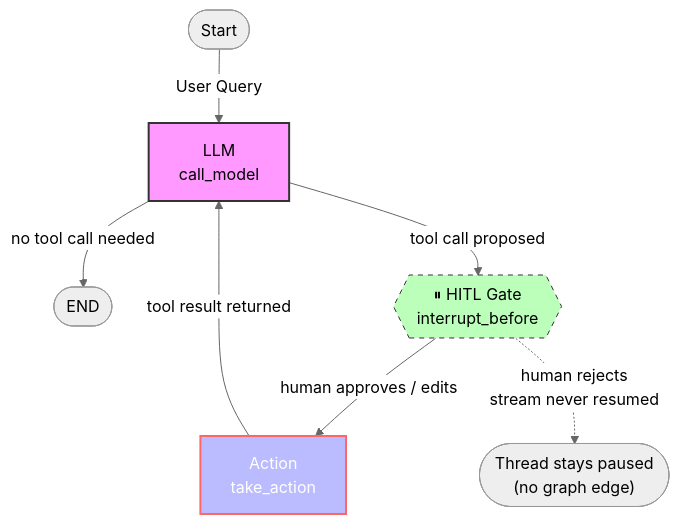
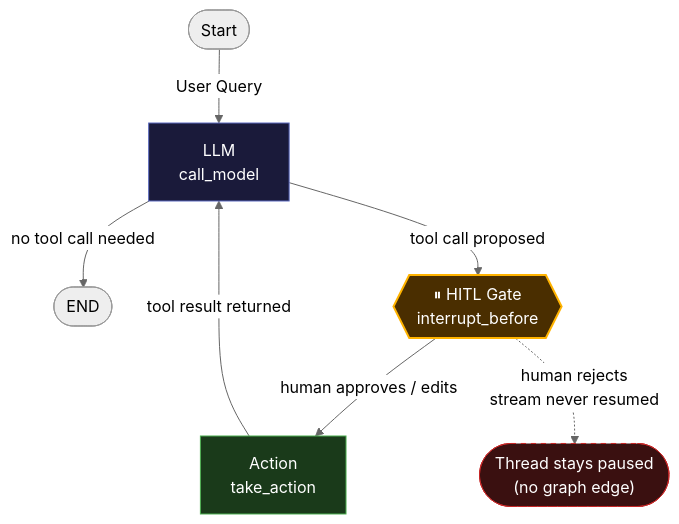
Before and after one commit to Koushik25022005/HITL-Incident-Engine: the diagram in README.md, drawn with Mermaid (neutral theme).

Commit message:
Modify styles for diagram elements in README
Updated styles for GATE, STOP, Action, and LLM in the diagram.

````diff
--- a/README.md
+++ b/README.md
@@ -46,14 +46,15 @@
 ```mermaid
 flowchart TD
     Start([Start]) -->|User Query| LLM[LLM<br/>call_model]
     LLM -->|no tool call needed| END([END])
     LLM -->|tool call proposed| GATE{{"⏸ HITL Gate<br/>interrupt_before"}}
     GATE -->|human approves / edits| Action[Action<br/>take_action]
     GATE -.->|human rejects<br/>stream never resumed| STOP(["Thread stays paused<br/>(no graph edge)"])
     Action -->|tool result returned| LLM
 
-    style LLM fill:#f9f,stroke:#333,stroke-width:2px
-    style Action fill:#bbf,stroke:#f66,stroke-width:2px,color:#fff
-    style GATE fill:#bfb,stroke:#333,stroke-dasharray: 5 5
+    style GATE fill:#4a2e00,stroke:#ffb300,stroke-width:2px,color:#fff
+    style STOP fill:#3a1010,stroke:#c62828,stroke-dasharray:5 5,color:#fff
+    style Action fill:#1a3a1a,stroke:#4caf50,color:#fff
+    style LLM fill:#1a1a3a,stroke:#5c6bc0,color:#fff
 
 ```
````
